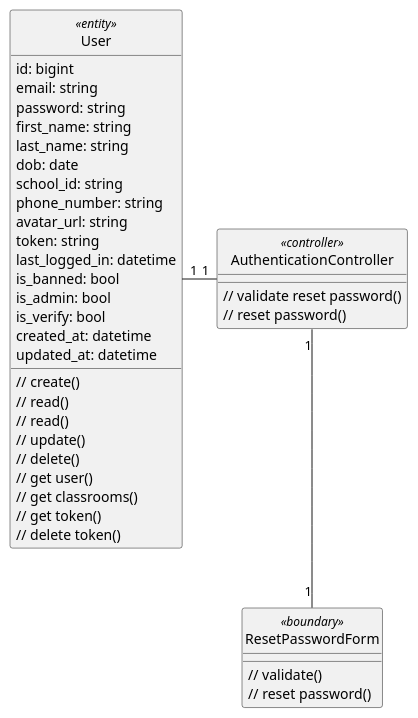
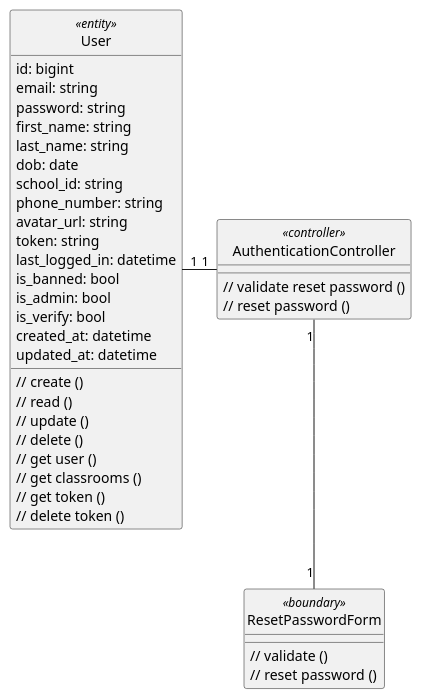
One commit to anonyhostvn/OOAD-Diagram changed the diagram in class - analysis/authentication/resetPassword.plantuml. Above: the diagram before and after it, drawn with PlantUML. The commit also changed 6 other files, not shown here.

```diff
--- a/class - analysis/authentication/resetPassword.plantuml
+++ b/class - analysis/authentication/resetPassword.plantuml
@@ -1,51 +1,50 @@
 @startuml login
 
 class User <<entity>> {
     id: bigint
     email: string
     password: string
     first_name: string
     last_name: string
     dob: date
     school_id: string
     phone_number: string
     avatar_url: string
     token: string
     last_logged_in: datetime
     is_banned: bool
     is_admin: bool
     is_verify: bool
     created_at: datetime
     updated_at: datetime
 
-    // create()
-    // read()
-    // read()
-    // update()
-    // delete()
-    // get user()
-    // get classrooms()
-    // get token()
-    // delete token()
+    // create ()
+    // read ()
+    // update ()
+    // delete ()
+    // get user ()
+    // get classrooms ()
+    // get token ()
+    // delete token ()
 }
 
 class ResetPasswordForm <<boundary>> {
-    // validate()
-    // reset password()
+    // validate ()
+    // reset password ()
 }
 
 class AuthenticationController <<controller>> {
-    // validate reset password()
-    // reset password()
+    // validate reset password ()
+    // reset password ()
 }
 
 hide User <<entity>> circle
 hide ResetPasswordForm <<boundary>> circle
 hide AuthenticationController <<controller>> circle
 
 AuthenticationController "1" -left- "1" User
 AuthenticationController "1" -down- "1" ResetPasswordForm
 
 
 
 @enduml
```
